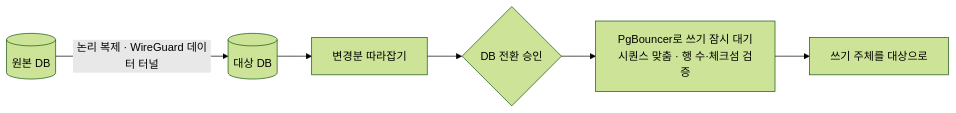
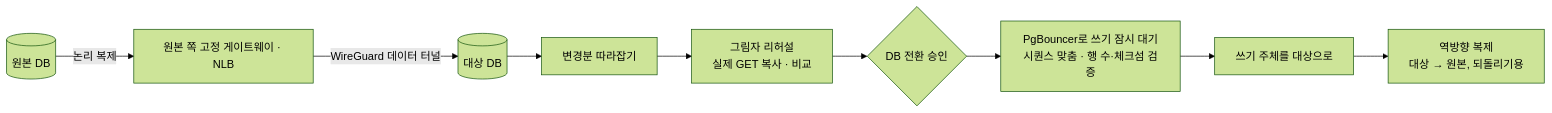
One commit to SoftBank-Hackathon-2026-Team-Jackal/cloud-migration-platform changed the seventh of 9 diagrams in README.ko.md. Above: the diagram before and after it, drawn with Mermaid (forest theme). The commit also changed other lines of this file and 2 other files, not shown here.

````diff
--- a/README.ko.md
+++ b/README.ko.md
@@ -170,8 +201,11 @@
 ```mermaid
 flowchart LR
-  SRC[(원본 DB)] -->|논리 복제 · WireGuard 데이터 터널| TGT[(대상 DB)]
+  SRC[(원본 DB)] -->|논리 복제| GW[원본 쪽 고정 게이트웨이 · NLB]
+  GW -->|WireGuard 데이터 터널| TGT[(대상 DB)]
   TGT --> ST[변경분 따라잡기]
-  ST --> AP{DB 전환 승인}
+  ST --> SH[그림자 리허설<br/>실제 GET 복사 · 비교]
+  SH --> AP{DB 전환 승인}
   AP --> PB[PgBouncer로 쓰기 잠시 대기<br/>시퀀스 맞춤 · 행 수·체크섬 검증]
   PB --> SW[쓰기 주체를 대상으로]
+  SW --> RV[역방향 복제<br/>대상 → 원본, 되돌리기용]
 ```
````
